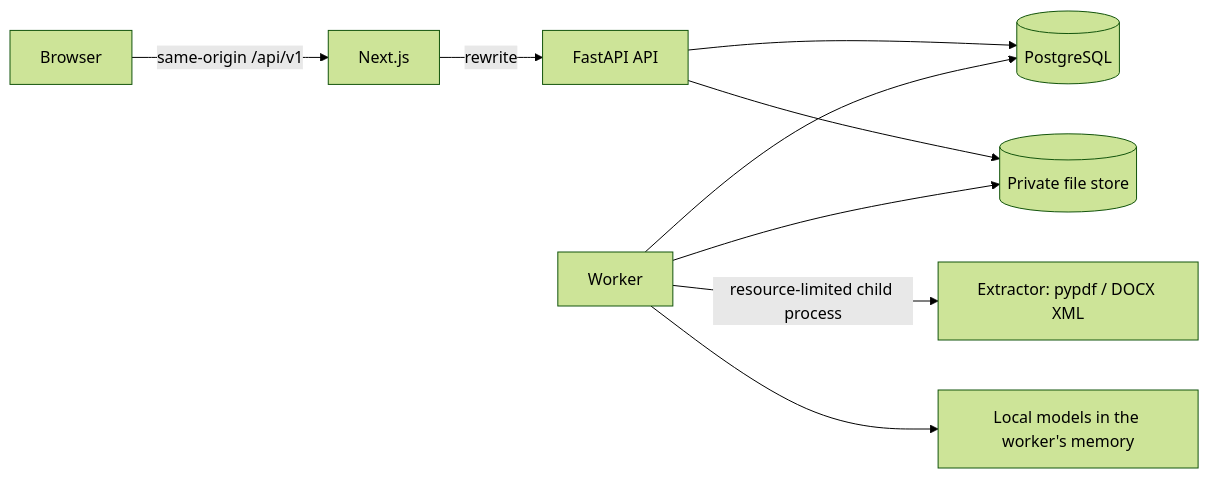
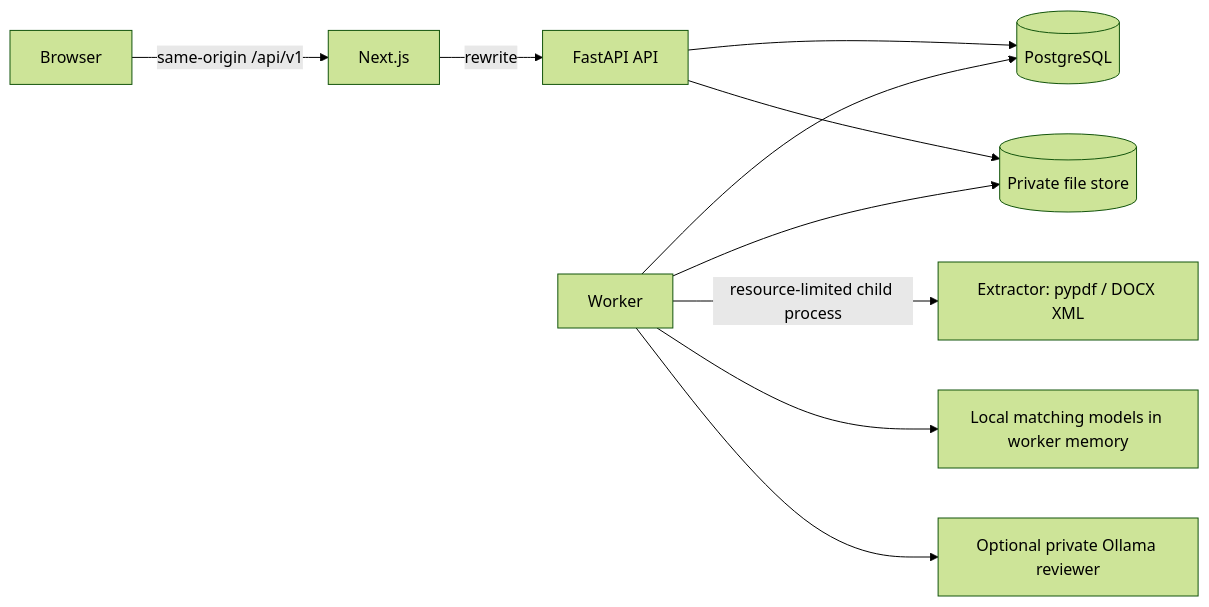
Before and after one commit to engmaryamameen/AI-Resume-Analyzer: the first of 2 diagrams in docs/architecture.md, drawn with Mermaid (forest theme). The commit also changed other lines of this file and 127 other files, not shown here.

````diff
--- a/docs/architecture.md
+++ b/docs/architecture.md
@@ -16,11 +16,12 @@
 ```mermaid
 flowchart LR
   B[Browser] -->|same-origin /api/v1| N[Next.js]
   N -->|rewrite| A[FastAPI API]
   A --> P[(PostgreSQL)]
   A --> S[(Private file store)]
   W[Worker] --> P
   W --> S
   W -->|resource-limited child process| X[Extractor: pypdf / DOCX XML]
-  W --> M[Local models in the worker's memory]
+  W --> M[Local matching models in worker memory]
+  W --> R[Optional private Ollama reviewer]
 ```
````
